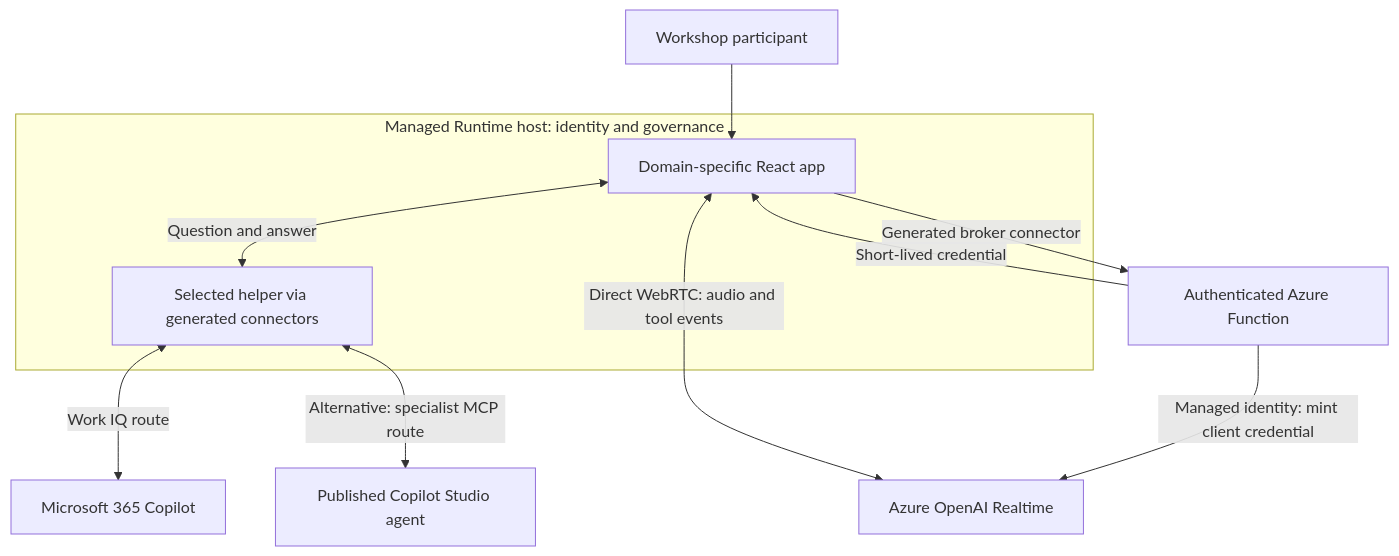
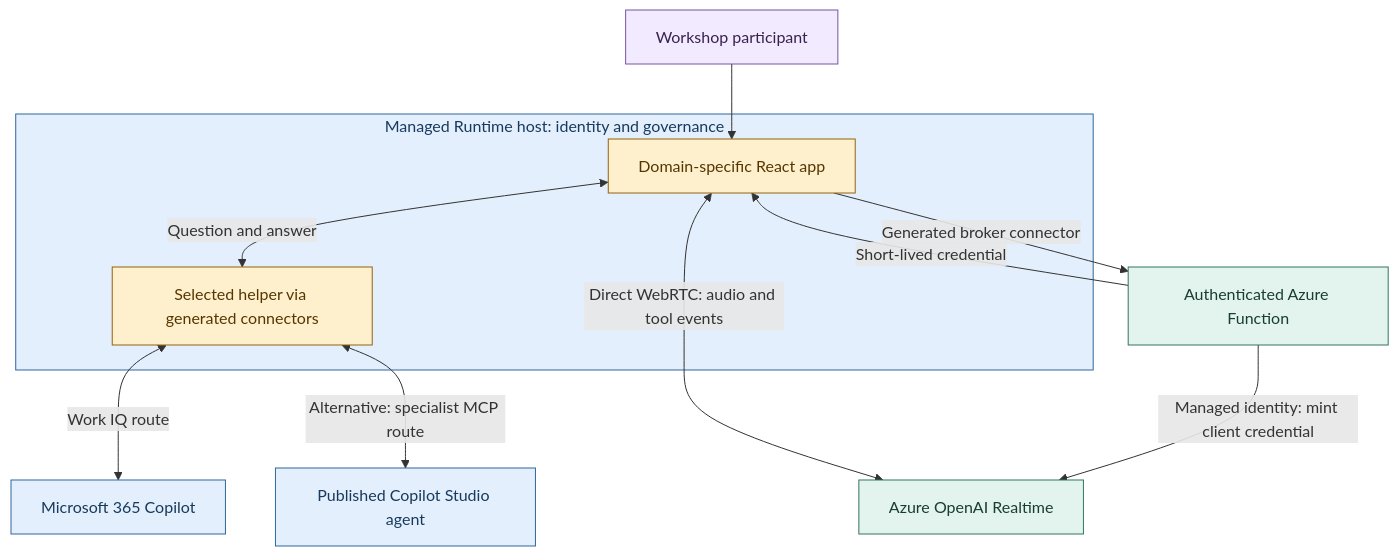
Before and after one commit to Roelzz/code_app_voice: the first of 2 diagrams in README.md, drawn with Mermaid. The commit also changed other lines of this file, not shown here.

Commit message:
docs: restore diagram role and phase colors

````diff
--- a/README.md
+++ b/README.md
@@ -33,15 +33,24 @@
 ```mermaid
 flowchart TB
     Person["Workshop participant"] --> App
     subgraph Host["Managed Runtime host: identity and governance"]
         App["Domain-specific React app"]
         Route["Selected helper via generated connectors"]
         App <-->|"Question and answer"| Route
     end
     Route <-->|"Work IQ route"| Copilot["Microsoft 365 Copilot"]
     Route <-->|"Alternative: specialist MCP route"| Studio["Published Copilot Studio agent"]
     App -->|"Generated broker connector"| Broker["Authenticated Azure Function"]
     Broker -->|"Managed identity: mint client credential"| Realtime["Azure OpenAI Realtime"]
     Broker -->|"Short-lived credential"| App
     App <-->|"Direct WebRTC: audio and tool events"| Realtime
+    classDef person fill:#F2EAFE,stroke:#7854A3,color:#38234F
+    classDef app fill:#FFF0CD,stroke:#94620D,color:#553600
+    classDef m365 fill:#E3EFFC,stroke:#31669C,color:#173A5D
+    classDef azure fill:#E3F4EE,stroke:#32765A,color:#193D30
+    class Person person
+    class App,Route app
+    class Copilot,Studio m365
+    class Broker,Realtime azure
+    style Host fill:#E3EFFC,stroke:#31669C,color:#173A5D
 ```
````
